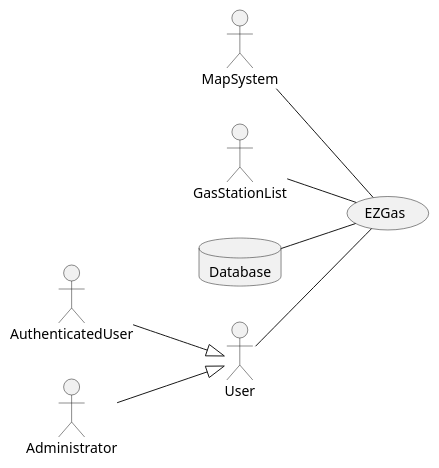
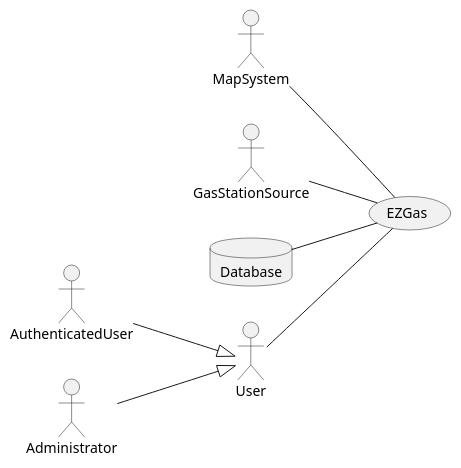
Before and after one commit to aureliocirella/se1-ezgas: the first of 5 diagrams in docs/RequirementsDocument.md, drawn with PlantUML. The commit also changed other lines of this file, not shown here.

````diff
--- a/docs/RequirementsDocument.md
+++ b/docs/RequirementsDocument.md
@@ -67,19 +67,19 @@
 ```plantuml
 @startuml
 left to right direction
 actor User as a
 actor AuthenticatedUser as auth
 actor Administrator as admin
 actor MapSystem as Map
-actor GasStationList as list
-database Database as db
+actor GasStationSource as Source
+Database Database as db
 
 
 a -- (EZGas)
 Map -- (EZGas)
 admin --|> a
 auth --|> a
-list -- (EZGas)
+Source -- (EZGas)
 db -- (EZGas)
 @enduml
 ```
````
